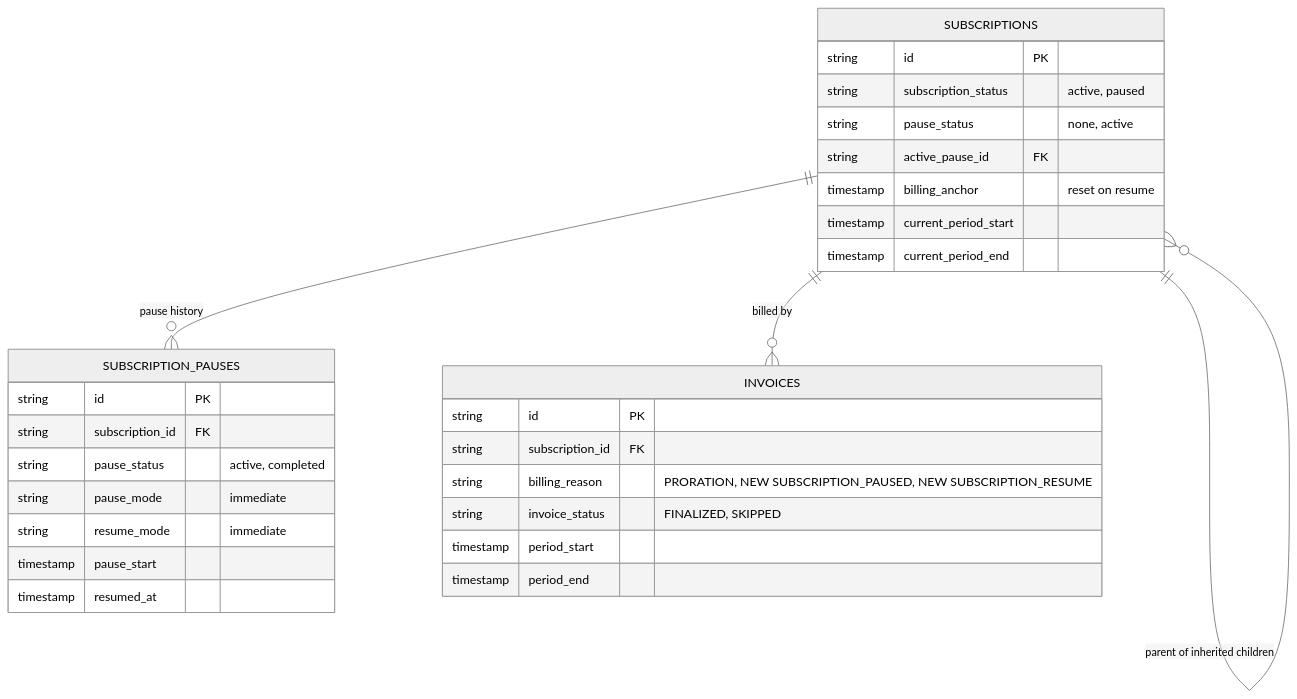
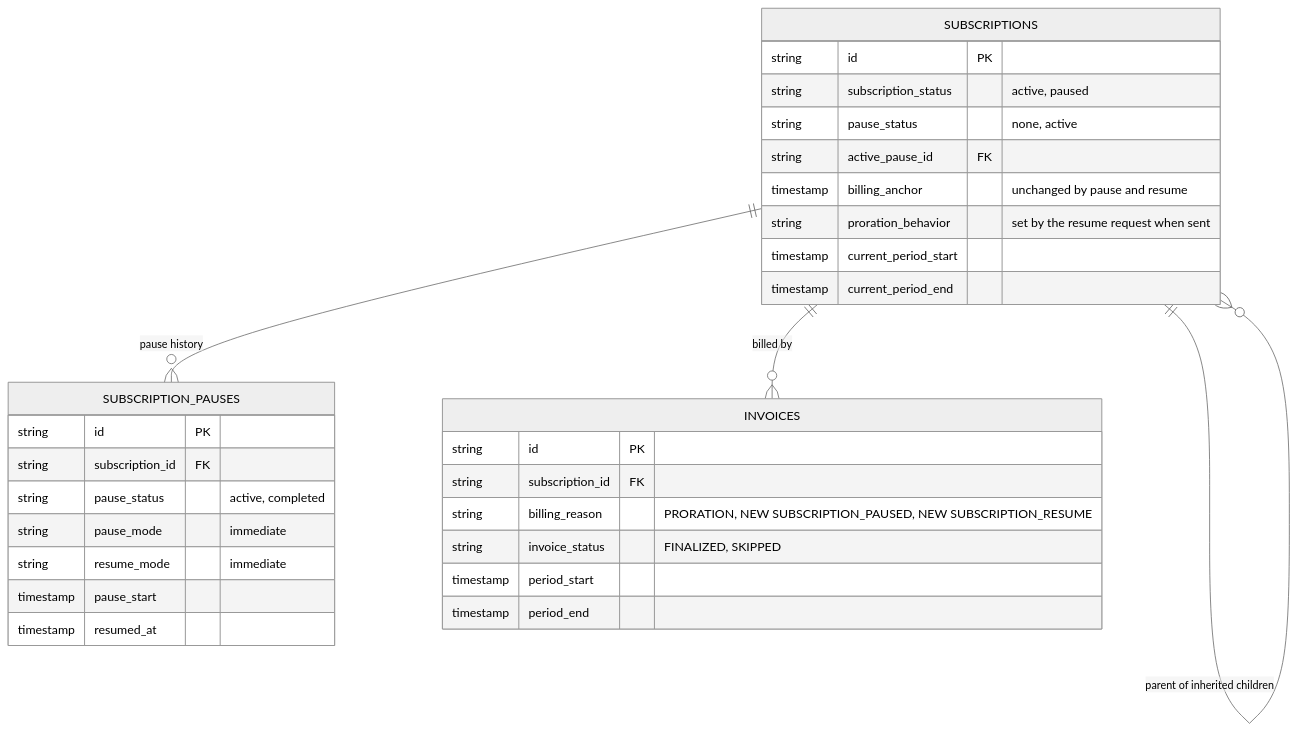
Before and after one commit to subratsahilgupta/flexprice: the first of 2 diagrams in docs/design/2026-10-14-FLE-1555-pause-subscription-erd.md, drawn with Mermaid (neutral theme). The commit also changed other lines of this file, not shown here.

Commit message:
docs(subscription): enhance design document for subscription pause and resume functionality, clarifying proration behavior and updating API contracts

````diff
--- a/docs/design/2026-10-14-FLE-1555-pause-subscription-erd.md
+++ b/docs/design/2026-10-14-FLE-1555-pause-subscription-erd.md
@@ -184,33 +209,34 @@
 ```mermaid
 erDiagram
     SUBSCRIPTIONS ||--o{ SUBSCRIPTION_PAUSES : "pause history"
     SUBSCRIPTIONS ||--o{ INVOICES : "billed by"
     SUBSCRIPTIONS ||--o{ SUBSCRIPTIONS : "parent of inherited children"
 
     SUBSCRIPTIONS {
         string id PK
         string subscription_status "active, paused"
         string pause_status "none, active"
         string active_pause_id FK
-        timestamp billing_anchor "reset on resume"
+        timestamp billing_anchor "unchanged by pause and resume"
+        string proration_behavior "set by the resume request when sent"
         timestamp current_period_start
         timestamp current_period_end
     }
     SUBSCRIPTION_PAUSES {
         string id PK
         string subscription_id FK
         string pause_status "active, completed"
         string pause_mode "immediate"
         string resume_mode "immediate"
         timestamp pause_start
         timestamp resumed_at
     }
     INVOICES {
         string id PK
         string subscription_id FK
         string billing_reason "PRORATION, NEW SUBSCRIPTION_PAUSED, NEW SUBSCRIPTION_RESUME"
         string invoice_status "FINALIZED, SKIPPED"
         timestamp period_start
         timestamp period_end
     }
 ```
````
